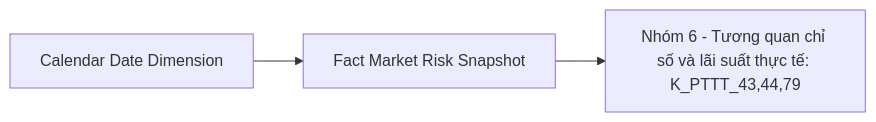
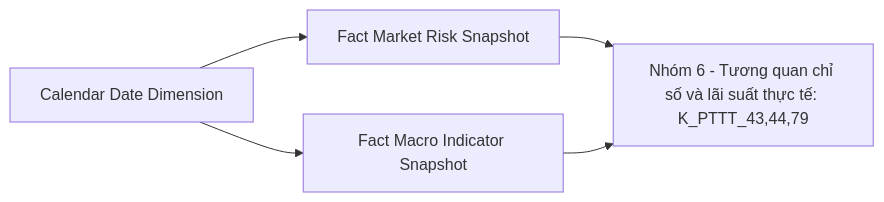
Before and after one commit to linhlvit/ubck_atomic_design: diagram 22 of 58 in Datamart/hld/DTM_PTTT_HLD.md, drawn with Mermaid. The commit also changed other lines of this file and 9 other files, not shown here.

Commit message:
feat(PTTT): update phan he : PTTT - unblock 102 KPI, them fct_macro_indicator_snpst va dong O_PTTT_11, O_PTTT_13

````diff
--- a/Datamart/hld/DTM_PTTT_HLD.md
+++ b/Datamart/hld/DTM_PTTT_HLD.md
@@ -1031,5 +1209,7 @@
 ```mermaid
 flowchart LR
     fct_market_risk_snpst["Fact Market Risk Snapshot"] --> rpt_nhom6["Nhóm 6 - Tương quan chỉ số và lãi suất thực tế: K_PTTT_43,44,79"]
     cdr_dt_dim["Calendar Date Dimension"] --> fct_market_risk_snpst
+    fct_macro_indicator_snpst["Fact Macro Indicator Snapshot"] --> rpt_nhom6
+    cdr_dt_dim["Calendar Date Dimension"] --> fct_macro_indicator_snpst
 ```
````
